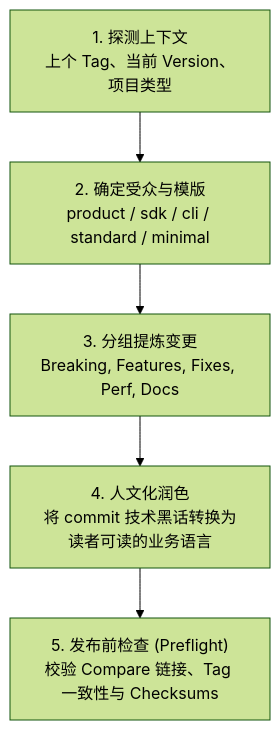
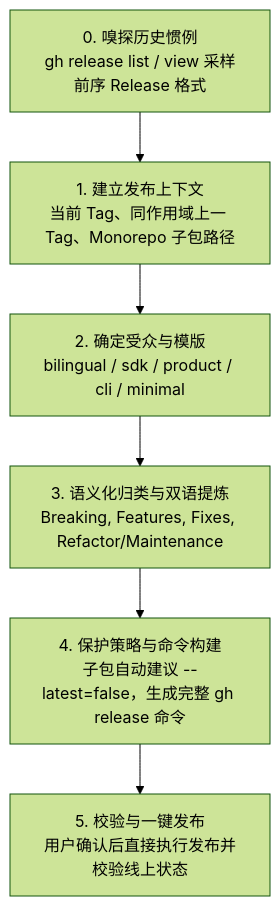
Before and after one commit to cc-hearts/skills: the diagram in github-release-publisher/SKILL.md, drawn with Mermaid (forest theme). The commit also changed other lines of this file and 5 other files, not shown here.

First line of the commit message:
feat(github-release-publisher): support monorepo scoped tags, bilingual template, and gh release automation

````diff
--- a/github-release-publisher/SKILL.md
+++ b/github-release-publisher/SKILL.md
@@ -69,7 +71,8 @@
 ```mermaid
 flowchart TD
-    W1["1. 探测上下文<br/>上个 Tag、当前 Version、项目类型"] --> W2["2. 确定受众与模版<br/>product / sdk / cli / standard / minimal"]
-    W2 --> W3["3. 分组提炼变更<br/>Breaking, Features, Fixes, Perf, Docs"]
-    W3 --> W4["4. 人文化润色<br/>将 commit 技术黑话转换为读者可读的业务语言"]
-    W4 --> W5["5. 发布前检查 (Preflight)<br/>校验 Compare 链接、Tag 一致性与 Checksums"]
+    W0["0. 嗅探历史惯例<br/>gh release list / view 采样前序 Release 格式"] --> W1["1. 建立发布上下文<br/>当前 Tag、同作用域上一 Tag、Monorepo 子包路径"]
+    W1 --> W2["2. 确定受众与模版<br/>bilingual / sdk / product / cli / minimal"]
+    W2 --> W3["3. 语义化归类与双语提炼<br/>Breaking, Features, Fixes, Refactor/Maintenance"]
+    W3 --> W4["4. 保护策略与命令构建<br/>子包自动建议 --latest=false，生成完整 gh release 命令"]
+    W4 --> W5["5. 校验与一键发布<br/>用户确认后直接执行发布并校验线上状态"]
 ```
````
